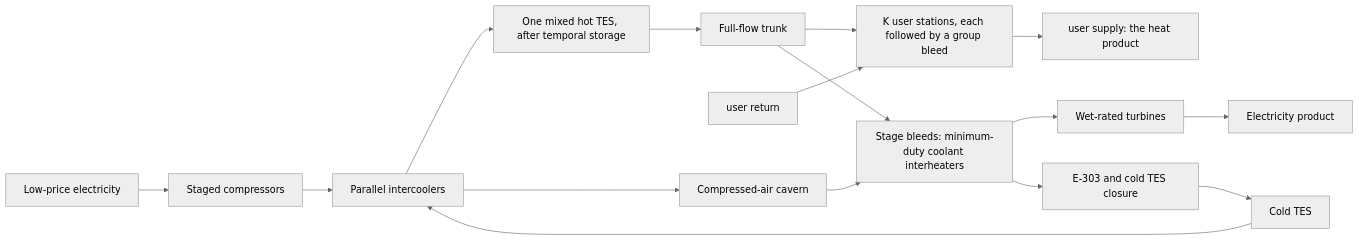
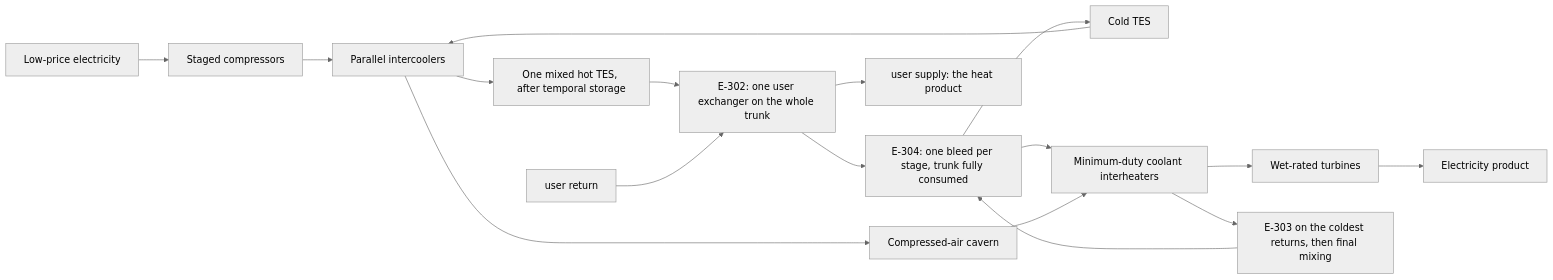
Before and after one commit to tomdacu/lt-caes: the fifth of 6 diagrams in docs/01_PLANT_CONCEPTS_AND_ARCHITECTURES.md, drawn with Mermaid (neutral theme). The commit also changed other lines of this file and 35 other files, not shown here.

````diff
--- a/docs/01_PLANT_CONCEPTS_AND_ARCHITECTURES.md
+++ b/docs/01_PLANT_CONCEPTS_AND_ARCHITECTURES.md
@@ -365,18 +390,19 @@
 ```mermaid
 flowchart LR
     GRID[Low-price electricity] --> COMP[Staged compressors]
     COLD[Cold TES] --> IC[Parallel intercoolers]
     COMP --> IC
     IC --> HOT[One mixed hot TES, after temporal storage]
     IC --> CAV[Compressed-air cavern]
-    HOT --> TRUNK[Full-flow trunk]
-    TRUNK --> E302[K user stations, each followed by a group bleed]
+    HOT --> E302[E-302: one user exchanger on the whole trunk]
     DHRET[user return] --> E302
     E302 --> DHSUP[user supply: the heat product]
-    TRUNK --> WHX[Stage bleeds: minimum-duty coolant interheaters]
+    E302 --> E304[E-304: one bleed per stage, trunk fully consumed]
+    E304 --> WHX[Minimum-duty coolant interheaters]
     CAV --> WHX
     WHX --> TURB[Wet-rated turbines]
     TURB --> POWER[Electricity product]
-    WHX --> E303[E-303 and cold TES closure]
-    E303 --> COLD
+    WHX --> E303[E-303 on the coldest returns, then final mixing]
+    E303 --> E304
+    E304 --> COLD
 ```
````
